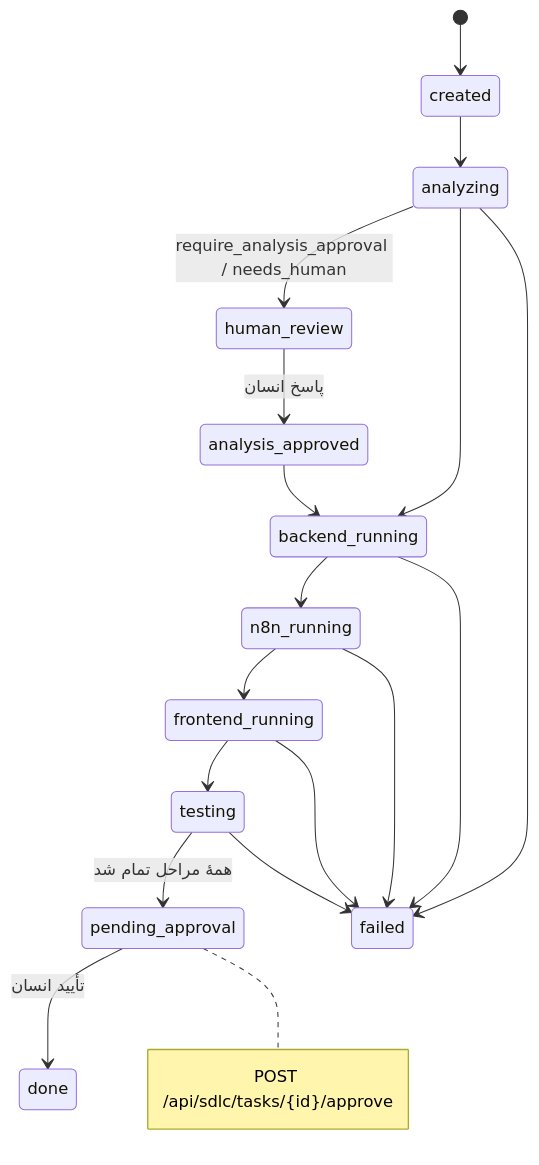
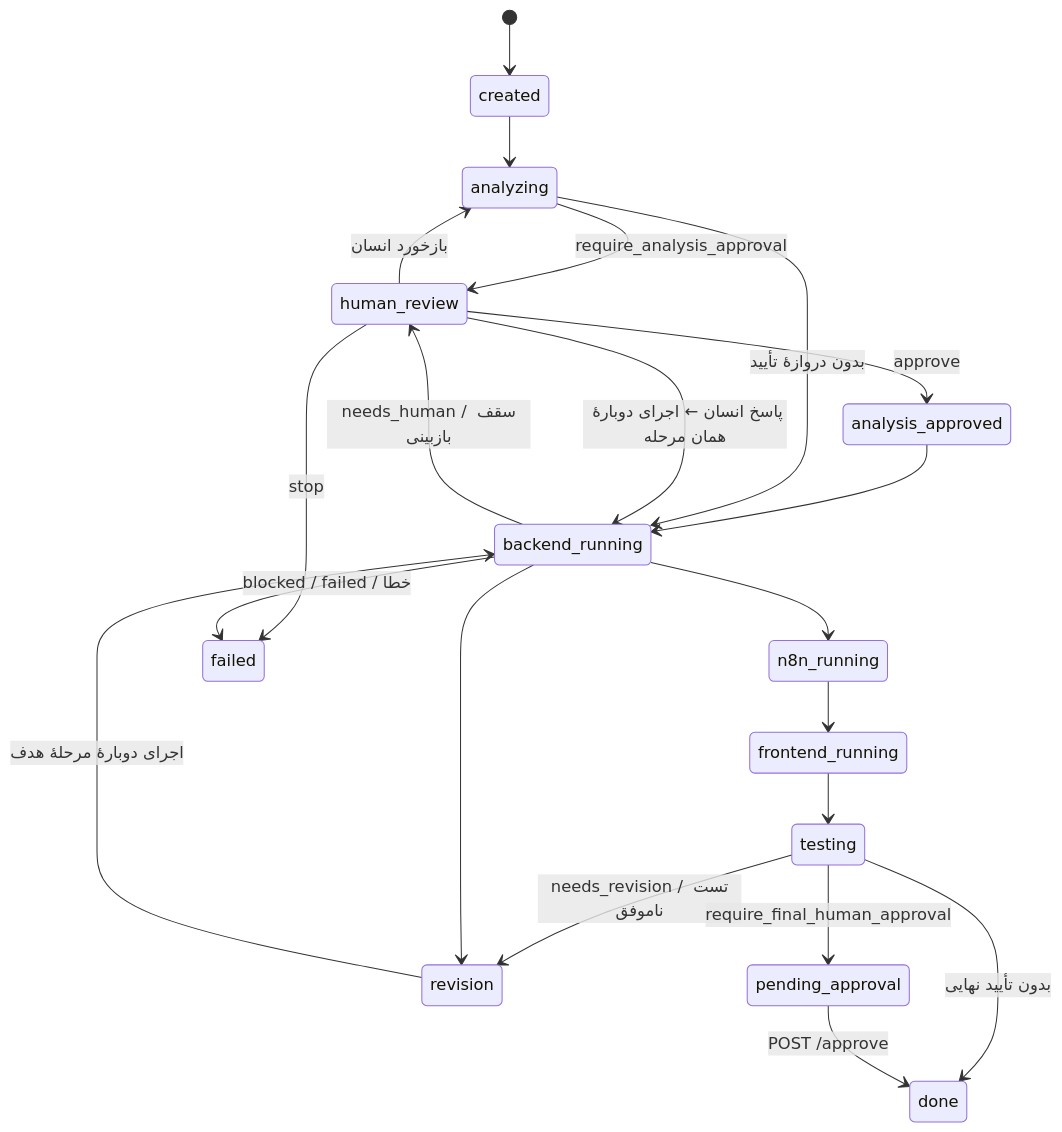
Before and after one commit to ehsanmandegar/taskloom: the third of 4 diagrams in docs/architecture.md, drawn with Mermaid. The commit also changed other lines of this file and 16 other files, not shown here.

First line of the commit message:
Close the SDLC loop: human gates, answers, revisions, live output

````diff
--- a/docs/architecture.md
+++ b/docs/architecture.md
@@ -75,22 +75,23 @@
 ```mermaid
 stateDiagram-v2
     [*] --> created
     created --> analyzing
-    analyzing --> human_review: require_analysis_approval / needs_human
-    human_review --> analysis_approved: پاسخ انسان
-    analyzing --> backend_running
+    analyzing --> human_review: require_analysis_approval
+    human_review --> analysis_approved: approve
+    human_review --> analyzing: بازخورد انسان
     analysis_approved --> backend_running
+    analyzing --> backend_running: بدون دروازهٔ تأیید
     backend_running --> n8n_running
     n8n_running --> frontend_running
     frontend_running --> testing
-    testing --> pending_approval: همهٔ مراحل تمام شد
-    pending_approval --> done: تأیید انسان
-    analyzing --> failed
-    backend_running --> failed
-    n8n_running --> failed
-    frontend_running --> failed
-    testing --> failed
-    note right of pending_approval
-      POST /api/sdlc/tasks/{id}/approve
-    end note
+    testing --> revision: needs_revision / تست ناموفق
+    backend_running --> revision
+    revision --> backend_running: اجرای دوبارهٔ مرحلهٔ هدف
+    backend_running --> human_review: needs_human / سقف بازبینی
+    human_review --> backend_running: پاسخ انسان ← اجرای دوبارهٔ همان مرحله
+    testing --> pending_approval: require_final_human_approval
+    testing --> done: بدون تأیید نهایی
+    pending_approval --> done: POST /approve
+    human_review --> failed: stop
+    backend_running --> failed: blocked / failed / خطا
 ```
````
